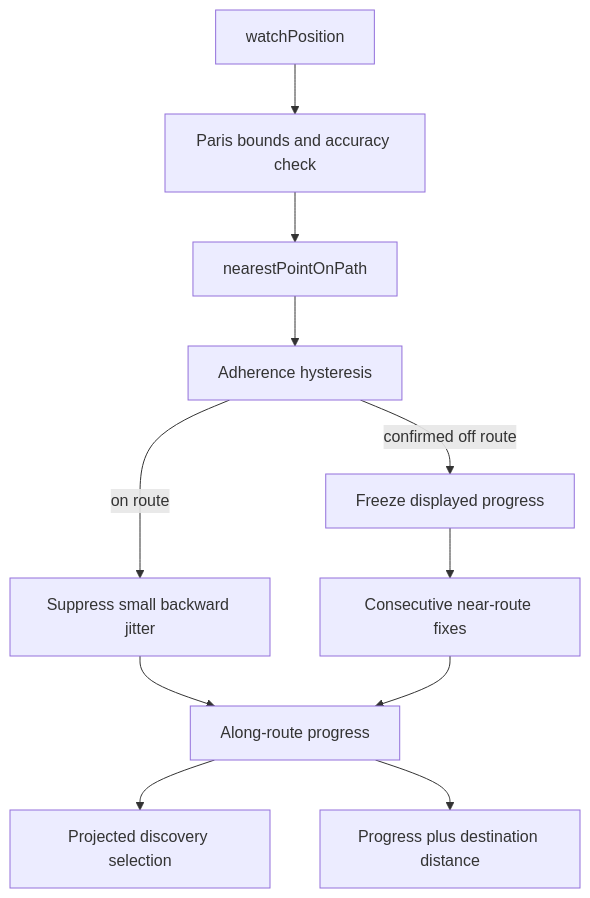
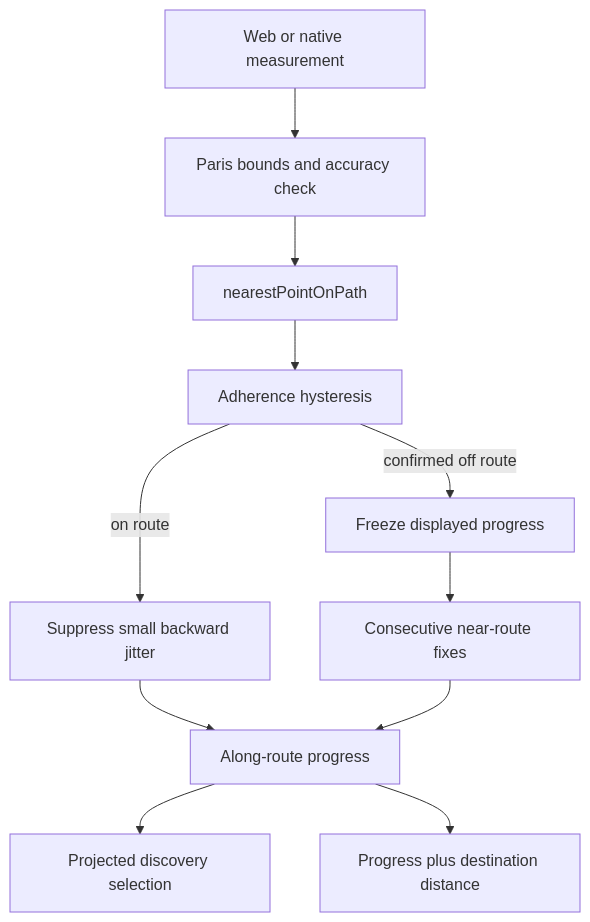
One commit to Raekwaanza/wander-paris-ways changed the third of 3 diagrams in docs/architecture.md. Above: the diagram before and after it, drawn with Mermaid. The commit also changed other lines of this file and 19 other files, not shown here.

````diff
--- a/docs/architecture.md
+++ b/docs/architecture.md
@@ -90,13 +91,13 @@
 ```mermaid
 flowchart TD
-  Watch[watchPosition] --> Quality[Paris bounds and accuracy check]
+  Watch[Web or native measurement] --> Quality[Paris bounds and accuracy check]
   Quality --> Project[nearestPointOnPath]
   Project --> Adherence[Adherence hysteresis]
   Adherence -->|on route| Stabilize[Suppress small backward jitter]
   Adherence -->|confirmed off route| Freeze[Freeze displayed progress]
   Stabilize --> Progress[Along-route progress]
   Freeze --> Recovery[Consecutive near-route fixes]
   Recovery --> Progress
   Progress --> Discovery[Projected discovery selection]
   Progress --> Arrival[Progress plus destination distance]
 ```
````
